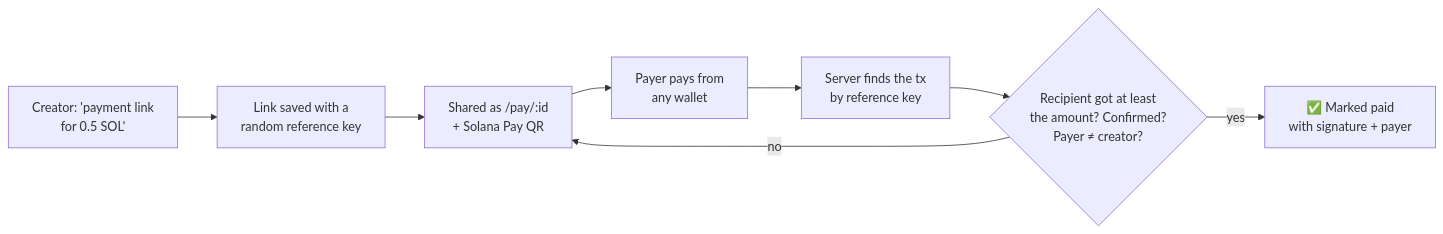
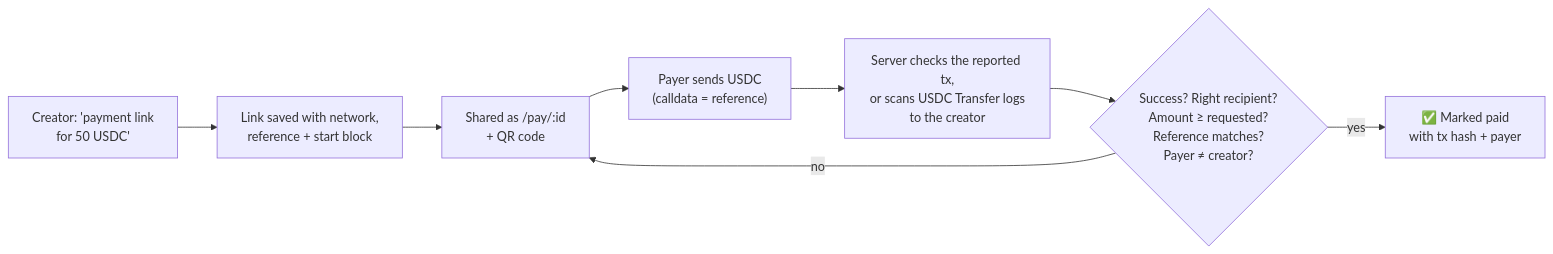
One commit to Spydiecy/Astrax_Arc changed the fourth of 4 diagrams in README.md. Above: the diagram before and after it, drawn with Mermaid. The commit also changed other lines of this file and 52 other files, not shown here.

````diff
--- a/README.md
+++ b/README.md
@@ -184,10 +214,10 @@
 ```mermaid
 flowchart LR
-    A["Creator: 'payment link<br/>for 0.5 SOL'"] --> B["Link saved with a<br/>random reference key"]
-    B --> C["Shared as /pay/:id<br/>+ Solana Pay QR"]
-    C --> D["Payer pays from<br/>any wallet"]
-    D --> E["Server finds the tx<br/>by reference key"]
-    E --> F{"Recipient got at least<br/>the amount? Confirmed?<br/>Payer ≠ creator?"}
-    F -- "yes" --> G["✅ Marked paid<br/>with signature + payer"]
+    A["Creator: 'payment link<br/>for 50 USDC'"] --> B["Link saved with network,<br/>reference + start block"]
+    B --> C["Shared as /pay/:id<br/>+ QR code"]
+    C --> D["Payer sends USDC<br/>(calldata = reference)"]
+    D --> E["Server checks the reported tx,<br/>or scans USDC Transfer logs<br/>to the creator"]
+    E --> F{"Success? Right recipient?<br/>Amount ≥ requested?<br/>Reference matches?<br/>Payer ≠ creator?"}
+    F -- "yes" --> G["✅ Marked paid<br/>with tx hash + payer"]
     F -- "no" --> C
 ```
````
